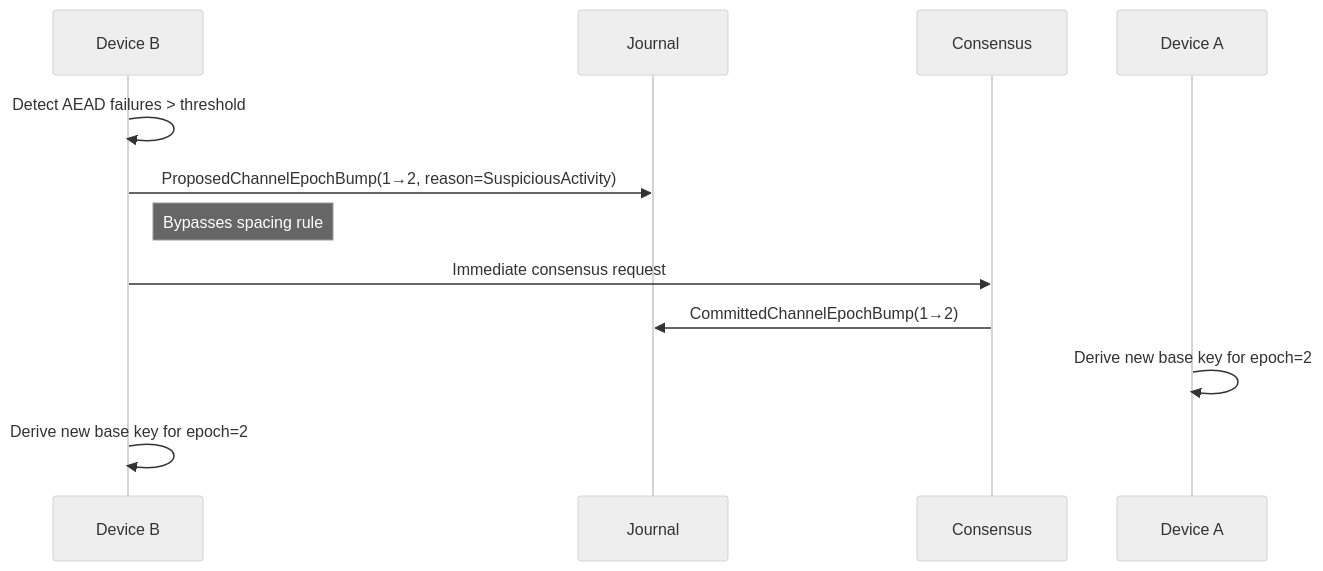
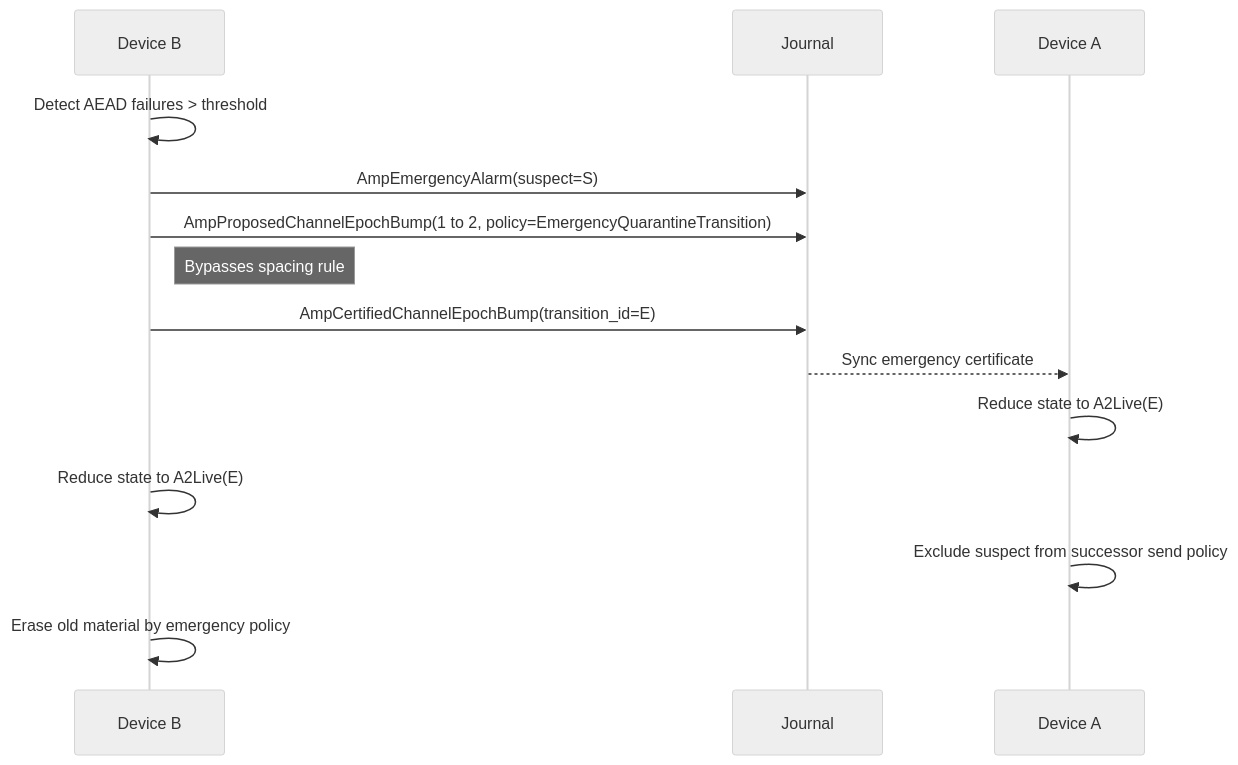
One commit to hxrts/aura changed the fifth of 5 diagrams in docs/112_amp.md. Above: the diagram before and after it, drawn with Mermaid (neutral theme). The commit also changed other lines of this file and 13 other files, not shown here.

Commit message:
docs: update amp and adaptive privacy architecture

````diff
--- a/docs/112_amp.md
+++ b/docs/112_amp.md
@@ -306,14 +415,16 @@
 ```mermaid
 sequenceDiagram
     participant B as Device B
     participant J as Journal
-    participant C as Consensus
     participant A as Device A
     B->>B: Detect AEAD failures > threshold
-    B->>J: ProposedChannelEpochBump(1→2, reason=SuspiciousActivity)
+    B->>J: AmpEmergencyAlarm(suspect=S)
+    B->>J: AmpProposedChannelEpochBump(1 to 2, policy=EmergencyQuarantineTransition)
     Note right of B: Bypasses spacing rule
-    B->>C: Immediate consensus request
-    C->>J: CommittedChannelEpochBump(1→2)
-    A->>A: Derive new base key for epoch=2
-    B->>B: Derive new base key for epoch=2
+    B->>J: AmpCertifiedChannelEpochBump(transition_id=E)
+    J-->>A: Sync emergency certificate
+    A->>A: Reduce state to A2Live(E)
+    B->>B: Reduce state to A2Live(E)
+    A->>A: Exclude suspect from successor send policy
+    B->>B: Erase old material by emergency policy
 ```
````
